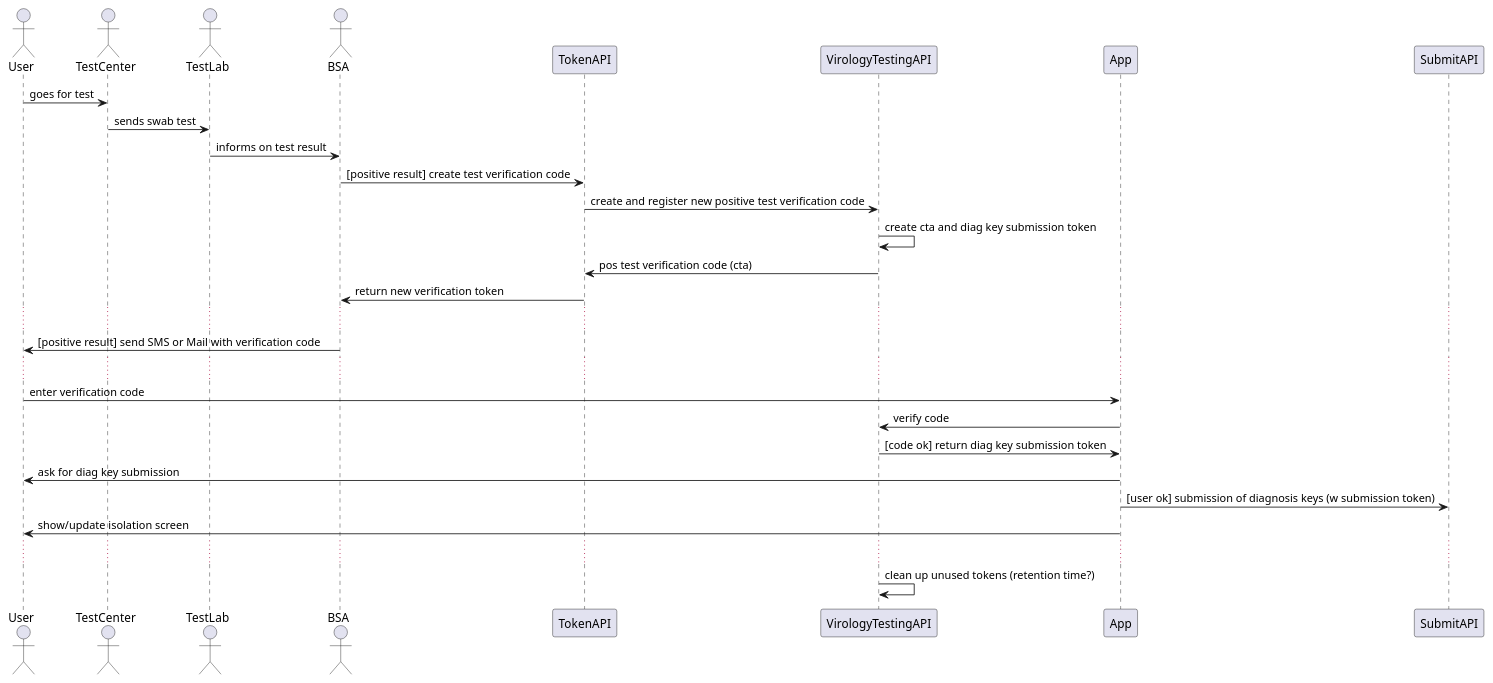
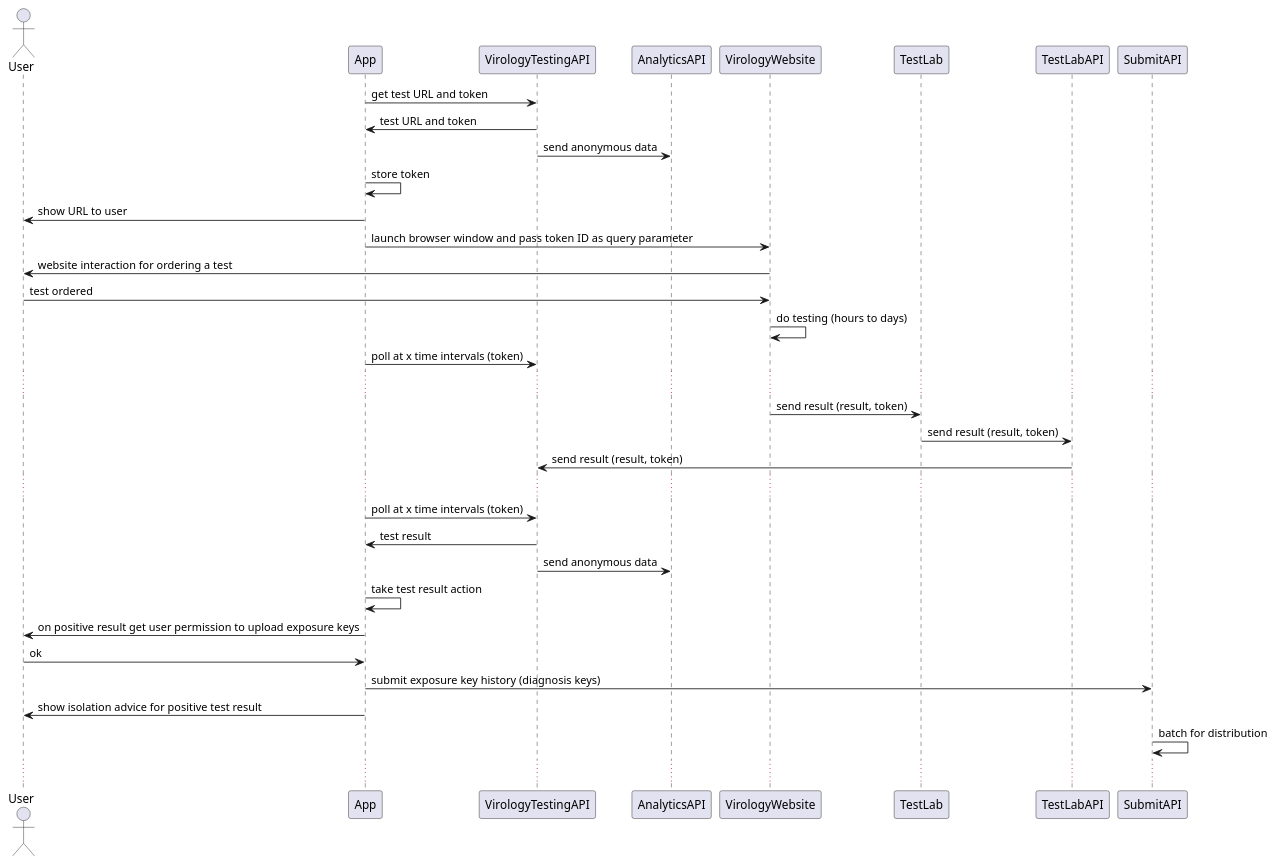
Before and after one commit to ukhsa-collaboration/covid19-app-system-public: the diagram in doc/architecture/diagrams/plant-uml/sys-flow-virology-testing.puml, drawn with PlantUML. The commit also changed 159 other files, not shown here.

```diff
--- a/doc/architecture/diagrams/plant-uml/sys-flow-virology-testing.puml
+++ b/doc/architecture/diagrams/plant-uml/sys-flow-virology-testing.puml
@@ -1,33 +1,38 @@
-@startuml system-flow_virology-test-result-verification
+@startuml system-flow_virology-testing
 
 Actor User
-Actor TestCenter
-Actor TestLab
-Actor BSA
 
-User -> TestCenter: goes for test
-TestLab <- TestCenter: sends swab test
-TestLab -> BSA: informs on test result
+App -> VirologyTestingAPI: get test URL and token
+App <- VirologyTestingAPI: test URL and token
+VirologyTestingAPI -> AnalyticsAPI: send anonymous data
+App -> App: store token
 
-BSA -> TokenAPI: [positive result] create test verification code
-TokenAPI -> VirologyTestingAPI: create and register new positive test verification code
-VirologyTestingAPI -> VirologyTestingAPI: create cta and diag key submission token
-TokenAPI <- VirologyTestingAPI: pos test verification code (cta)
-BSA <- TokenAPI: return new verification token
 
+App -> User: show URL to user
+App -> VirologyWebsite: launch browser window and pass token ID as query parameter
+User <- VirologyWebsite: website interaction for ordering a test
+User -> VirologyWebsite: test ordered 
+VirologyWebsite -> VirologyWebsite: do testing (hours to days)
+App -> VirologyTestingAPI: poll at x time intervals (token)
 ...
-BSA -> User: [positive result] send SMS or Mail with verification code
+VirologyWebsite -> TestLab: send result (result, token)
+TestLab -> TestLabAPI: send result (result, token)
+
+TestLabAPI->VirologyTestingAPI: send result (result, token)
+...
+App -> VirologyTestingAPI: poll at x time intervals (token)
+App <- VirologyTestingAPI: test result 
+VirologyTestingAPI -> AnalyticsAPI: send anonymous data
+
+App->App: take test result action
+App->User: on positive result get user permission to upload exposure keys
+User->App: ok
+
+App->SubmitAPI: submit exposure key history (diagnosis keys)
+User<-App: show isolation advice for positive test result
+SubmitAPI -> SubmitAPI: batch for distribution
 ...
 
-User -> App: enter verification code
-App -> VirologyTestingAPI: verify code
-App <- VirologyTestingAPI: [code ok] return diag key submission token
-App -> User: ask for diag key submission
-App -> SubmitAPI: [user ok] submission of diagnosis keys (w submission token)
-App -> User: show/update isolation screen
-...
-
-VirologyTestingAPI -> VirologyTestingAPI: clean up unused tokens (retention time?)
 
 
 @enduml
```
